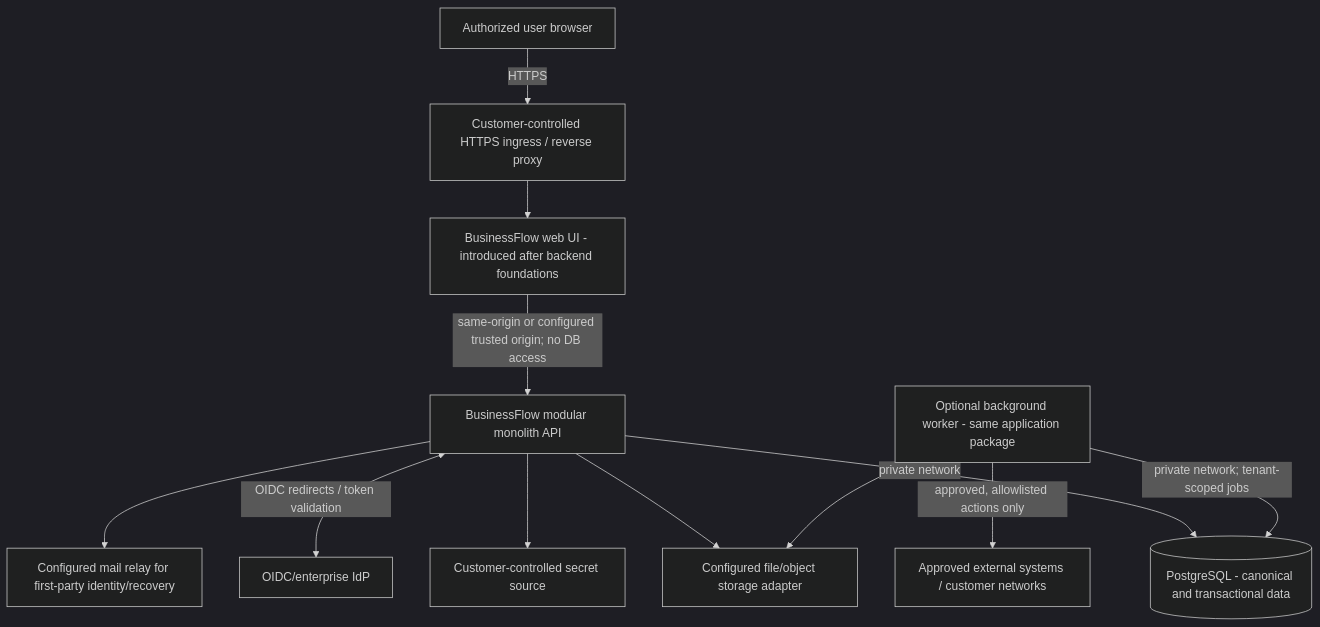
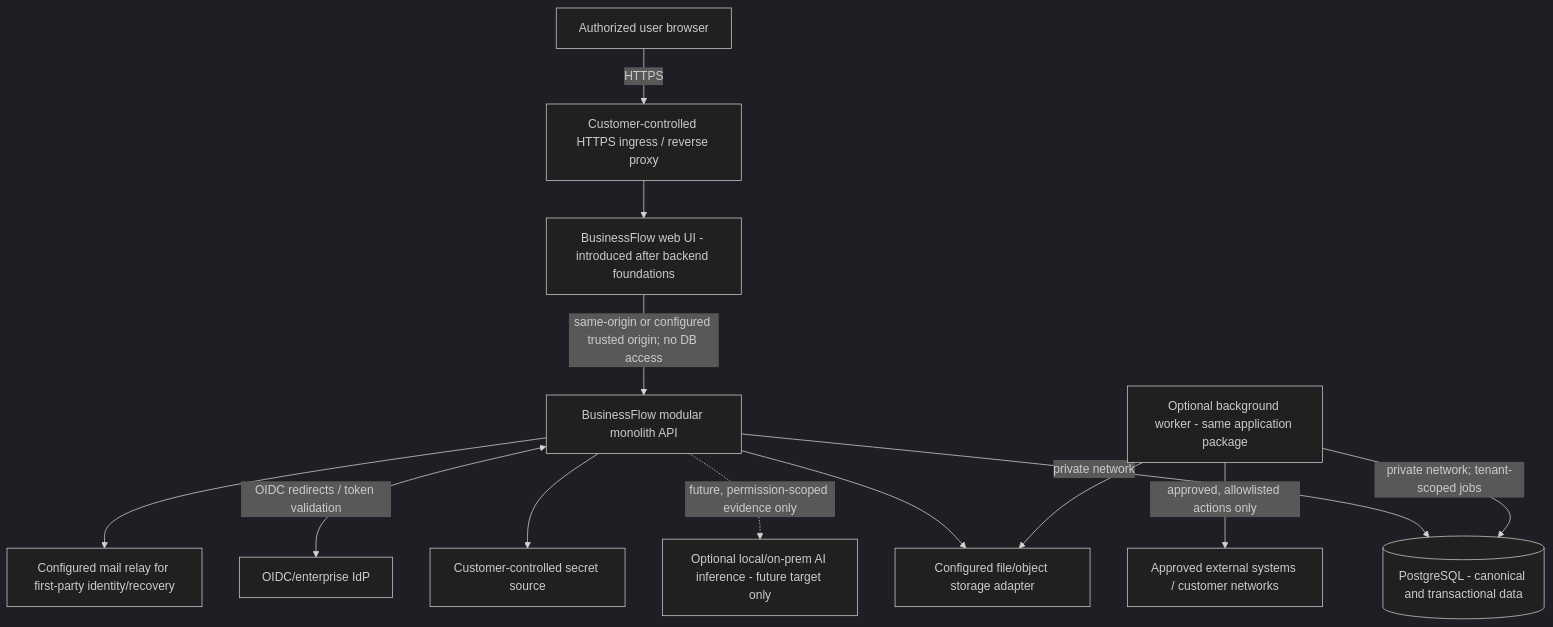
One commit to DevMagdi/BFS changed the diagram in docs/DEPLOYMENT_ARCHITECTURE.md. Above: the diagram before and after it, drawn with Mermaid (dark theme). The commit also changed other lines of this file and 26 other files, not shown here.

````diff
--- a/docs/DEPLOYMENT_ARCHITECTURE.md
+++ b/docs/DEPLOYMENT_ARCHITECTURE.md
@@ -15,26 +15,28 @@
 ```mermaid
 flowchart TB
     USER[Authorized user browser]
     EDGE[Customer-controlled HTTPS ingress / reverse proxy]
     WEB[BusinessFlow web UI - introduced after backend foundations]
     APP[BusinessFlow modular monolith API]
     WORKER[Optional background worker - same application package]
+    AI[Optional local/on-prem AI inference - future target only]
     DB[(PostgreSQL - canonical and transactional data)]
     FILES[Configured file/object storage adapter]
     SECRETS[Customer-controlled secret source]
     IDP[OIDC/enterprise IdP]
     MAIL[Configured mail relay for first-party identity/recovery]
     CONNECTORS[Approved external systems / customer networks]
 
     USER -->|HTTPS| EDGE
     EDGE --> WEB
     WEB -->|same-origin or configured trusted origin; no DB access| APP
     APP -->|private network| DB
+    APP -. future, permission-scoped evidence only .-> AI
     WORKER -->|private network; tenant-scoped jobs| DB
     APP --> FILES
     WORKER --> FILES
     APP --> SECRETS
     APP <-->|OIDC redirects / token validation| IDP
     APP --> MAIL
     WORKER -->|approved, allowlisted actions only| CONNECTORS
 ```
````
